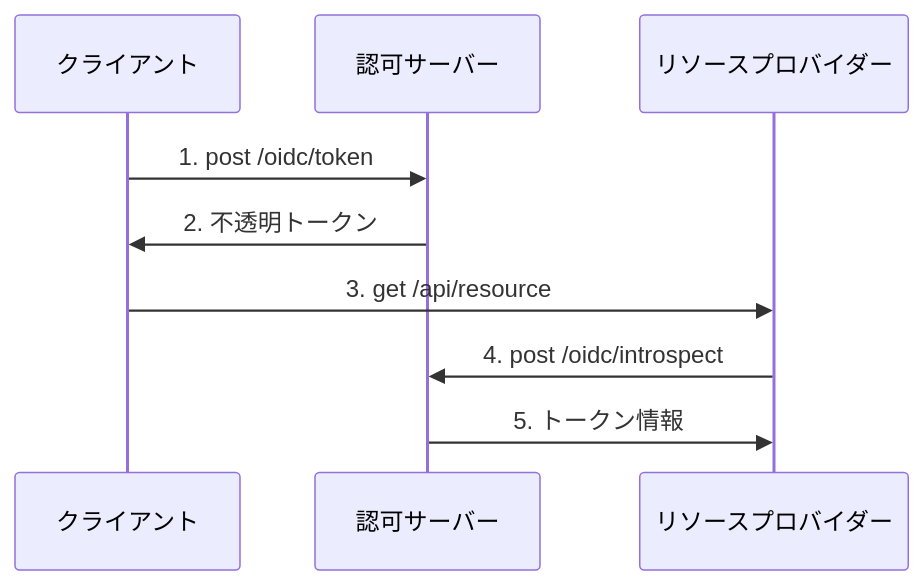
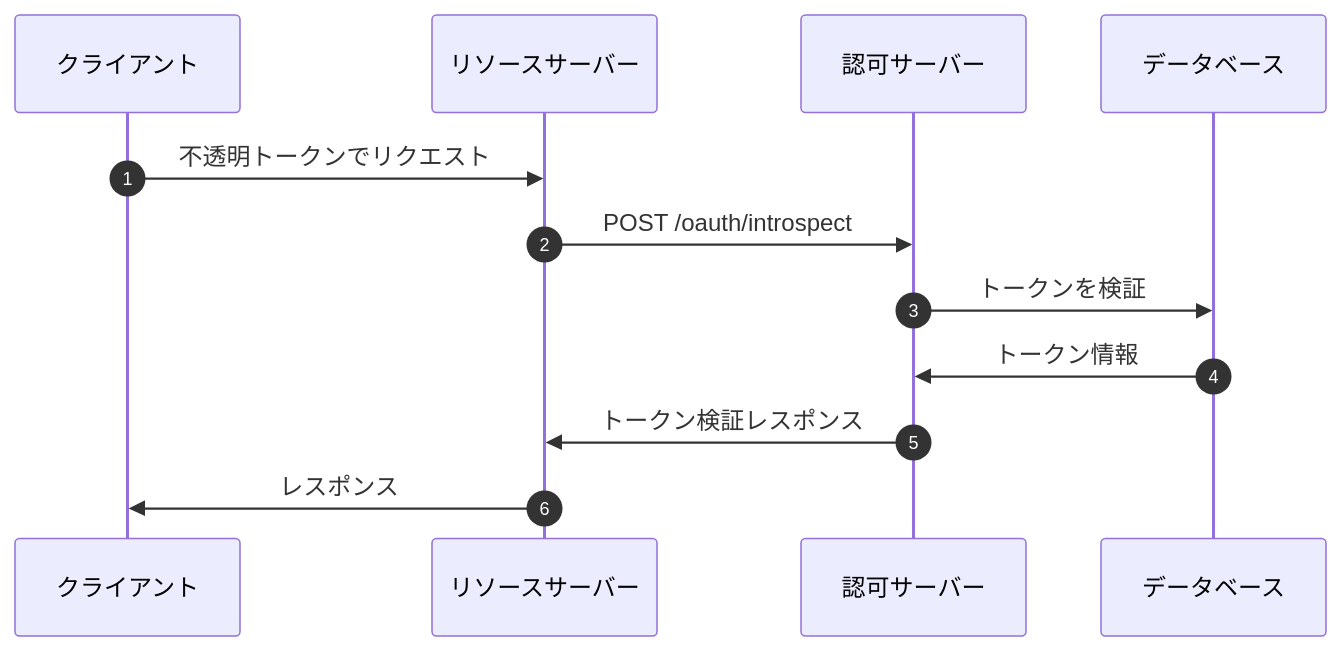
The third of 5 diagrams in src/content/terms/ja/opaque-token.mdx (logto-io/auth-wiki), drawn with Mermaid before and after one commit. The commit also changed other lines of this file and 95 other files, not shown here.

````diff
--- a/src/content/terms/ja/opaque-token.mdx
+++ b/src/content/terms/ja/opaque-token.mdx
@@ -49,13 +80,15 @@
 ```mermaid
 sequenceDiagram
     participant C as クライアント
+    participant RS as リソースサーバー
     participant AS as 認可サーバー
-    participant RP as リソースプロバイダー
+    participant D as データベース
+    autonumber
 
-    C ->> AS: 1. post /oidc/token
-    AS ->> C: 2. 不透明トークン
-    C ->> RP: 3. get /api/resource
-    RP ->> AS: 4. post /oidc/introspect
-    AS ->> RP: 5. トークン情報
-
+    C->>RS: 不透明トークンでリクエスト
+    RS->>AS: POST /oauth/introspect
+    AS->>D: トークンを検証
+    D->>AS: トークン情報
+    AS->>RS: トークン検証レスポンス
+    RS->>C: レスポンス
 ```
````
